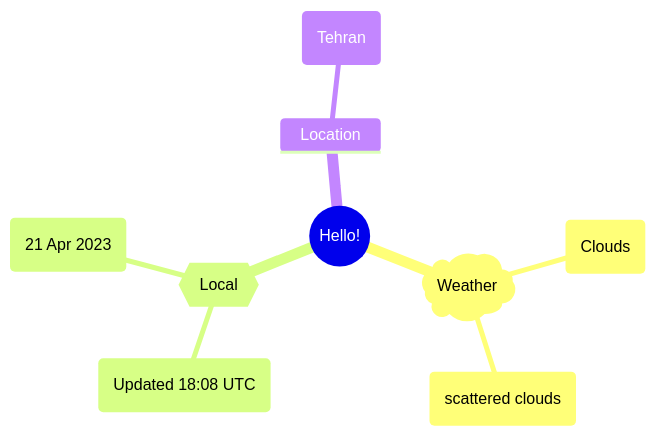
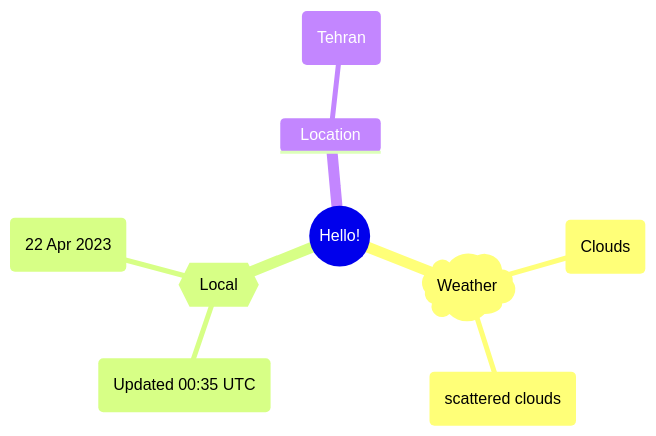
Before and after one commit to Xosrov/Xosrov: the first of 2 diagrams in README.md, drawn with Mermaid.

Commit message:
[bot] updated images

````diff
--- a/README.md
+++ b/README.md
@@ -3,12 +3,12 @@
 ```mermaid
 mindmap
   root((Hello!))
     )Weather(
         (Clouds)
         (scattered clouds)
     {{Local}}
-        (Updated 18:08 UTC)
-        (21 Apr 2023)
+        (Updated 00:35 UTC)
+        (22 Apr 2023)
     Location
         (Tehran)
 ```
````
